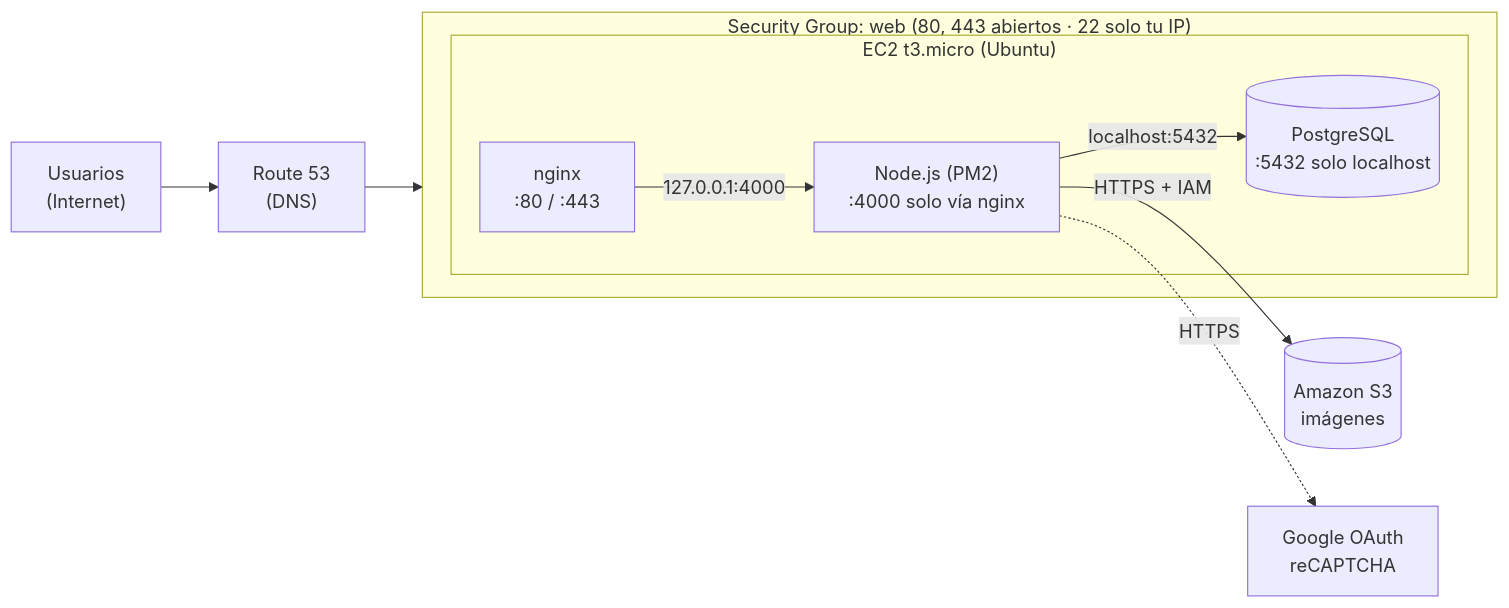
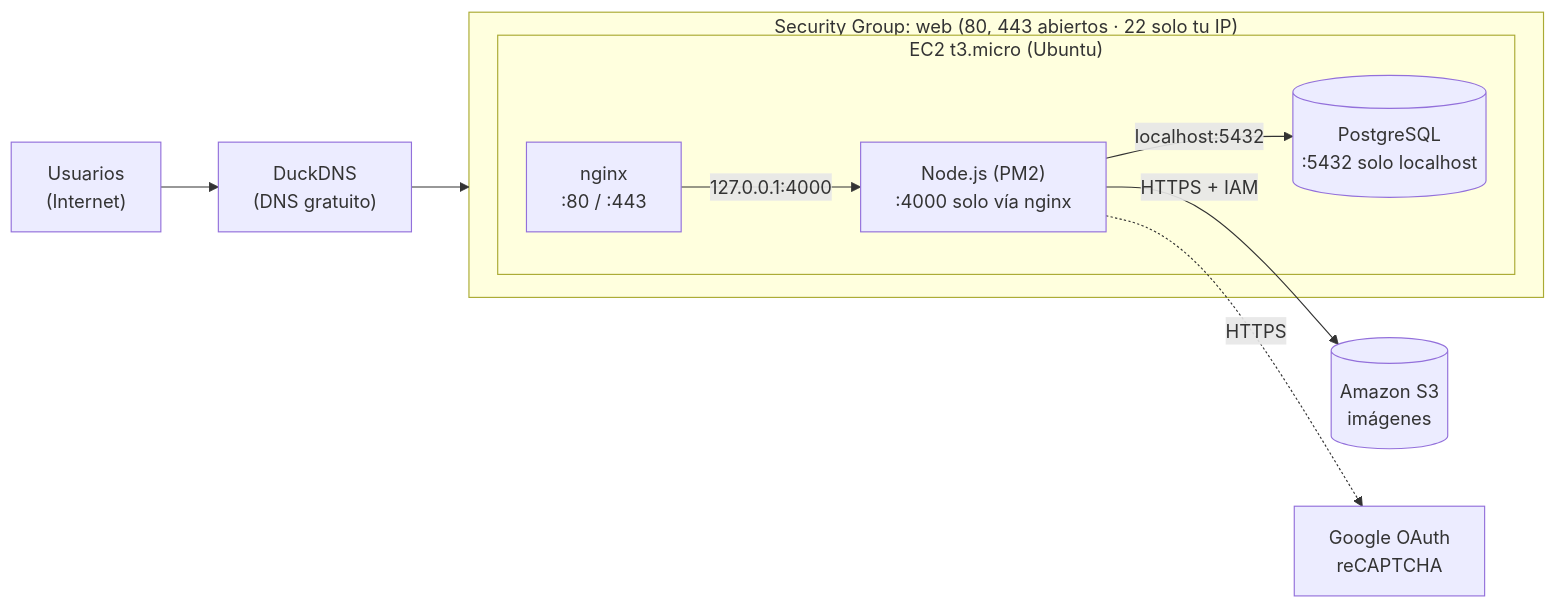
One commit to Meligamer2901/mi-red-social changed the first of 2 diagrams in docs/SEGMENTACION_RED.md. Above: the diagram before and after it, drawn with Mermaid. The commit also changed other lines of this file and 58 other files, not shown here.

````diff
--- a/docs/SEGMENTACION_RED.md
+++ b/docs/SEGMENTACION_RED.md
@@ -14,16 +14,16 @@
 ```mermaid
 flowchart LR
-    U["Usuarios\n(Internet)"] --> R53["Route 53\n(DNS)"]
+    U["Usuarios\n(Internet)"] --> R53["DuckDNS\n(DNS gratuito)"]
     R53 --> SG
     subgraph SG["Security Group: web (80, 443 abiertos · 22 solo tu IP)"]
         subgraph EC2["EC2 t3.micro (Ubuntu)"]
             NG["nginx\n:80 / :443"]
             ND["Node.js (PM2)\n:4000 solo vía nginx"]
             PG[("PostgreSQL\n:5432 solo localhost")]
         end
     end
     NG -->|127.0.0.1:4000| ND
     ND -->|localhost:5432| PG
     ND -->|HTTPS + IAM| S3[("Amazon S3\nimágenes")]
     ND -.->|HTTPS| EXT["Google OAuth\nreCAPTCHA"]
 ```
````
